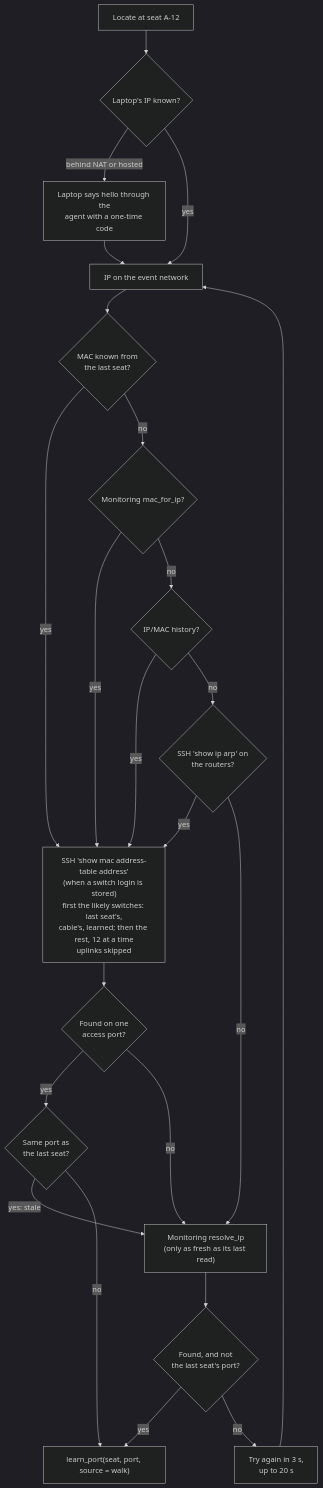
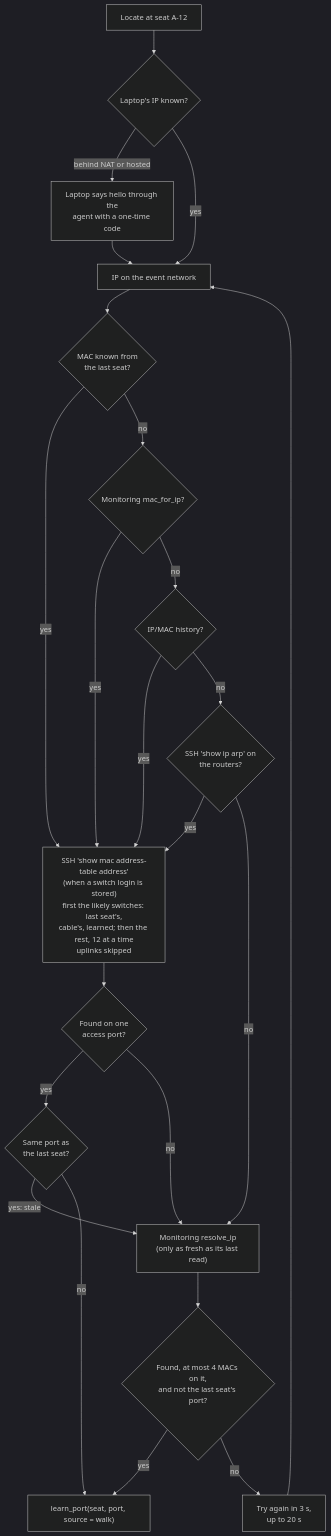
The fourth of 6 diagrams in docs/how-seat-mapping.md (bitsandbricks-ch/floorbit), drawn with Mermaid (dark theme) before and after one commit. The commit also changed other lines of this file and 15 other files, not shown here.

First line of the commit message:
One rule for a seat's access port; the seat walk refuses uplinks (#1163)

````diff
--- a/docs/how-seat-mapping.md
+++ b/docs/how-seat-mapping.md
@@ -91,24 +93,24 @@
 ```mermaid
 flowchart TD
   start["Locate at seat A-12"] --> ip{"Laptop's IP known?"}
   ip -- "behind NAT or hosted" --> hello["Laptop says hello through the<br/>agent with a one-time code"] --> ipok["IP on the event network"]
   ip -- yes --> ipok
   ipok --> havemac{"MAC known from<br/>the last seat?"}
   havemac -- yes --> ssh
   havemac -- no --> m1{"Monitoring mac_for_ip?"}
   m1 -- yes --> ssh
   m1 -- no --> m2{"IP/MAC history?"}
   m2 -- yes --> ssh
   m2 -- no --> m3{"SSH 'show ip arp' on<br/>the routers?"}
   m3 -- yes --> ssh
   m3 -- no --> mon
   ssh["SSH 'show mac address-table address'<br/>(when a switch login is stored)<br/>first the likely switches: last seat's,<br/>cable's, learned; then the rest, 12 at a time<br/>uplinks skipped"] --> one{"Found on one<br/>access port?"}
   one -- yes --> same1{"Same port as<br/>the last seat?"}
   same1 -- "yes: stale" --> mon
   same1 -- no --> save
   one -- no --> mon["Monitoring resolve_ip<br/>(only as fresh as its last read)"]
-  mon --> same2{"Found, and not<br/>the last seat's port?"}
+  mon --> same2{"Found, at most 4 MACs on it,<br/>and not the last seat's port?"}
   same2 -- yes --> save["learn_port(seat, port, source = walk)"]
   same2 -- no --> retry["Try again in 3 s,<br/>up to 20 s"]
   retry --> ipok
 ```
````
